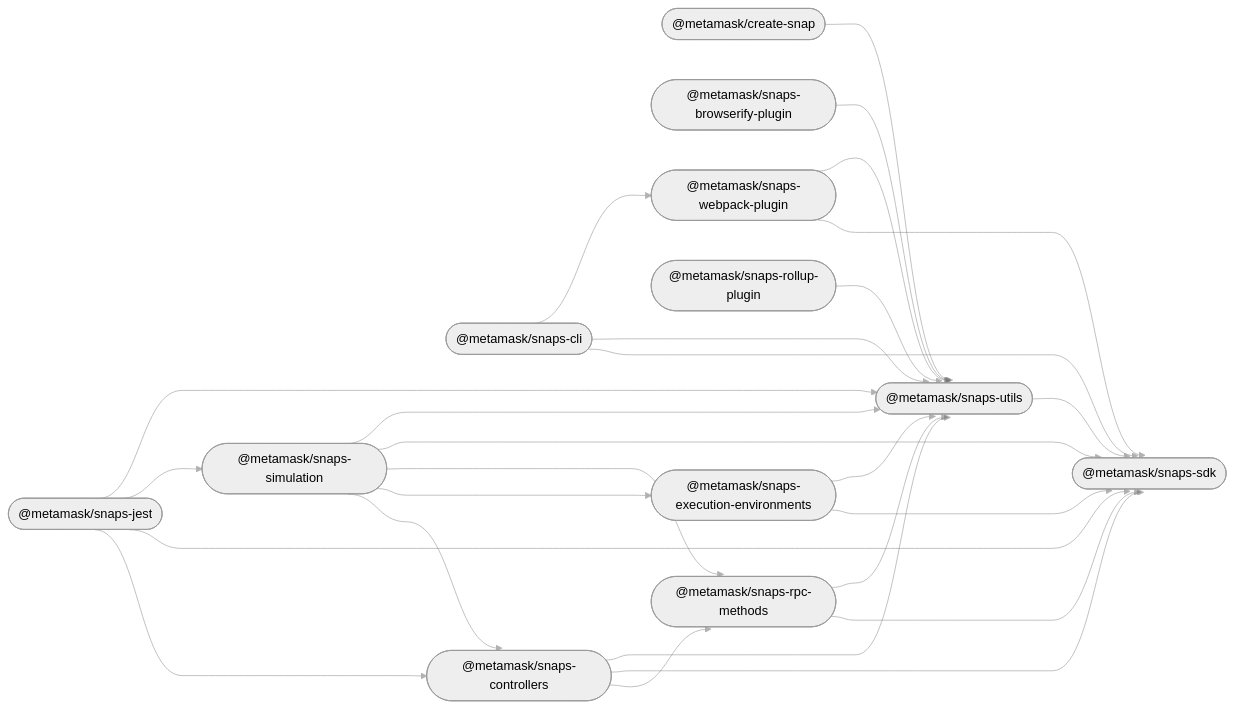
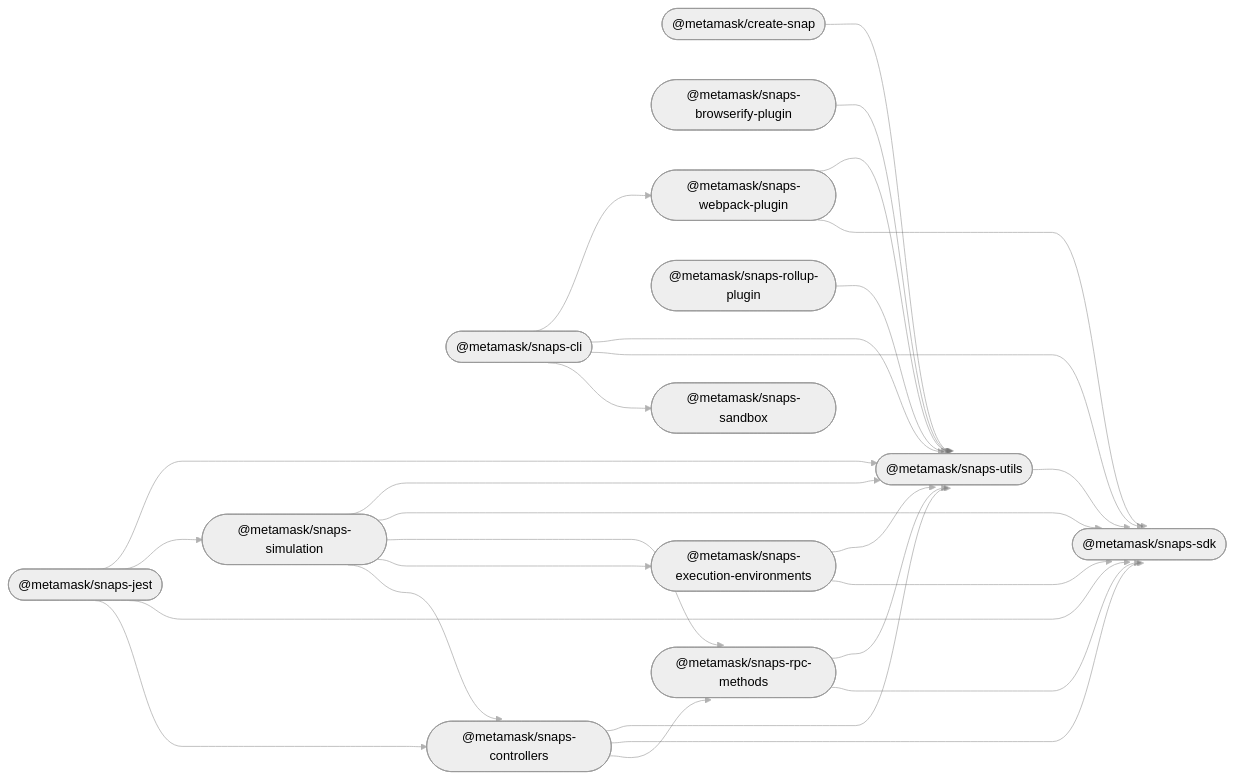
The diagram in README.md (MetaMask/snaps), drawn with Mermaid (neutral theme) before and after one commit. The commit also changed other lines of this file and 95 other files, not shown here.

Commit message:
Add Snaps sandbox

````diff
--- a/README.md
+++ b/README.md
@@ -31,42 +32,44 @@
 ```mermaid
 %%{ init: { 'flowchart': { 'curve': 'bumpX' } } }%%
 graph LR;
 linkStyle default opacity:0.5
   create_snap(["@metamask/create-snap"]);
   snaps_browserify_plugin(["@metamask/snaps-browserify-plugin"]);
   snaps_cli(["@metamask/snaps-cli"]);
   snaps_controllers(["@metamask/snaps-controllers"]);
   snaps_execution_environments(["@metamask/snaps-execution-environments"]);
   snaps_jest(["@metamask/snaps-jest"]);
   snaps_rollup_plugin(["@metamask/snaps-rollup-plugin"]);
   snaps_rpc_methods(["@metamask/snaps-rpc-methods"]);
+  snaps_sandbox(["@metamask/snaps-sandbox"]);
   snaps_sdk(["@metamask/snaps-sdk"]);
   snaps_simulation(["@metamask/snaps-simulation"]);
   snaps_utils(["@metamask/snaps-utils"]);
   snaps_webpack_plugin(["@metamask/snaps-webpack-plugin"]);
   create_snap --> snaps_utils;
   snaps_browserify_plugin --> snaps_utils;
+  snaps_cli --> snaps_sandbox;
   snaps_cli --> snaps_sdk;
   snaps_cli --> snaps_utils;
   snaps_cli --> snaps_webpack_plugin;
   snaps_controllers --> snaps_rpc_methods;
   snaps_controllers --> snaps_sdk;
   snaps_controllers --> snaps_utils;
   snaps_execution_environments --> snaps_sdk;
   snaps_execution_environments --> snaps_utils;
   snaps_jest --> snaps_controllers;
   snaps_jest --> snaps_sdk;
   snaps_jest --> snaps_simulation;
   snaps_jest --> snaps_utils;
   snaps_rollup_plugin --> snaps_utils;
   snaps_rpc_methods --> snaps_sdk;
   snaps_rpc_methods --> snaps_utils;
   snaps_simulation --> snaps_controllers;
   snaps_simulation --> snaps_execution_environments;
   snaps_simulation --> snaps_rpc_methods;
   snaps_simulation --> snaps_sdk;
   snaps_simulation --> snaps_utils;
   snaps_utils --> snaps_sdk;
   snaps_webpack_plugin --> snaps_sdk;
   snaps_webpack_plugin --> snaps_utils;
 ```
````
